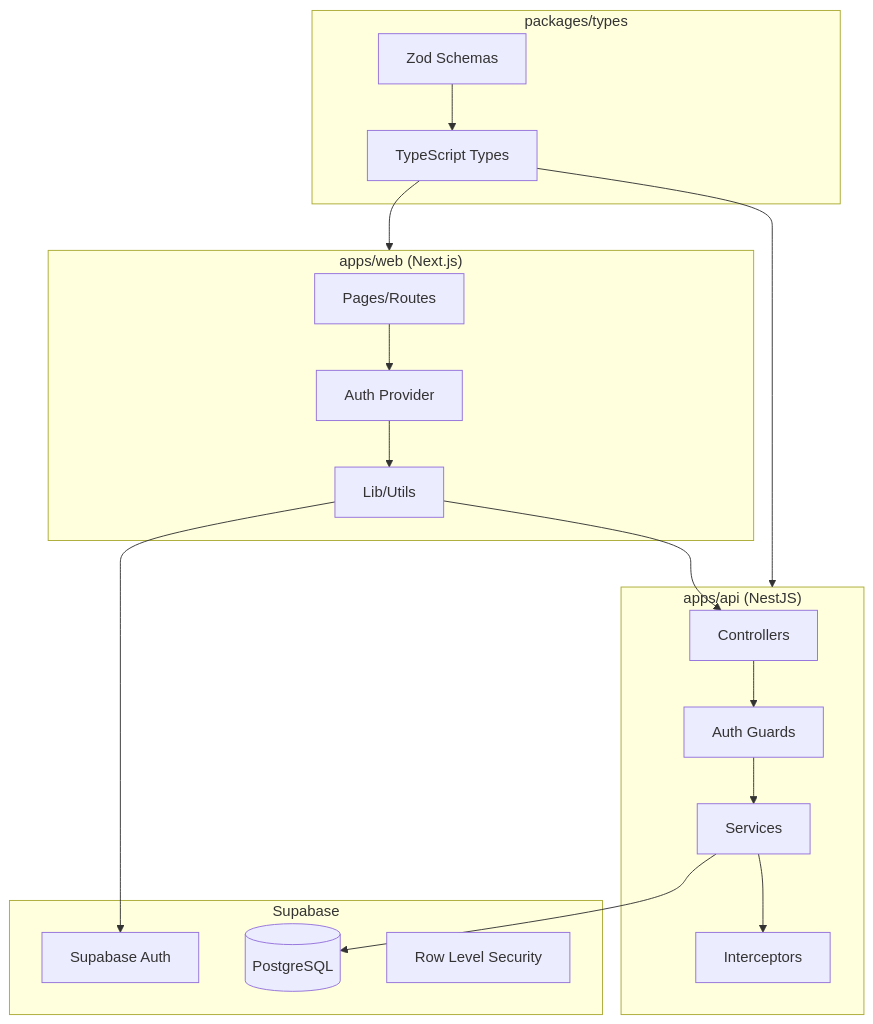
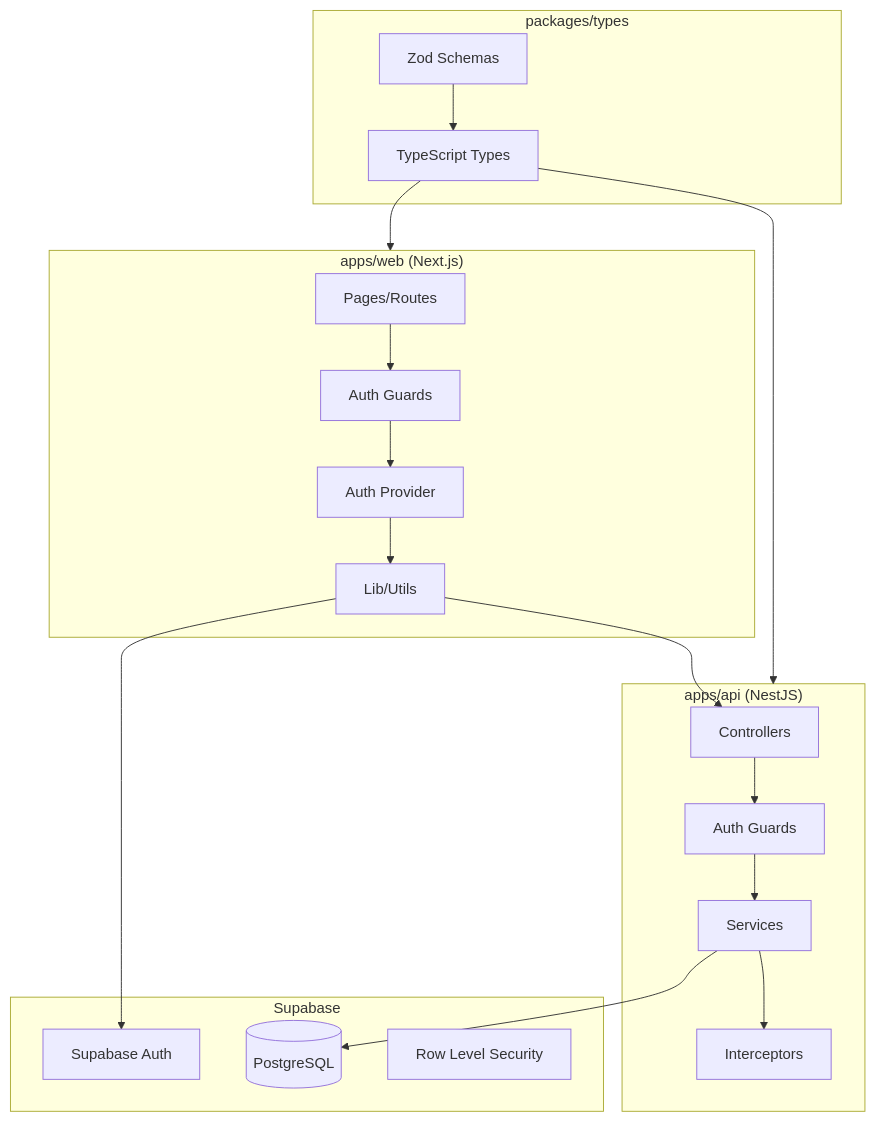
One commit to cookingwthswd/csm changed the first of 4 diagrams in docs/system-architecture.md. Above: the diagram before and after it, drawn with Mermaid. The commit also changed 90 other files, not shown here.

````diff
--- a/docs/system-architecture.md
+++ b/docs/system-architecture.md
@@ -29,40 +29,42 @@
 ```mermaid
 graph TB
     subgraph Frontend["apps/web (Next.js)"]
         Pages[Pages/Routes]
+        AuthComponents[Auth Guards]
         Providers[Auth Provider]
         Lib[Lib/Utils]
     end
 
     subgraph Backend["apps/api (NestJS)"]
         Controllers[Controllers]
         Services[Services]
         Guards[Auth Guards]
         Interceptors[Interceptors]
     end
 
     subgraph Database["Supabase"]
         PostgreSQL[(PostgreSQL)]
         Auth[Supabase Auth]
         RLS[Row Level Security]
     end
 
     subgraph Shared["packages/types"]
         Types[TypeScript Types]
         Schemas[Zod Schemas]
     end
 
-    Pages --> Providers
+    Pages --> AuthComponents
+    AuthComponents --> Providers
     Providers --> Lib
     Lib --> Auth
     Lib --> Controllers
 
     Controllers --> Guards
     Guards --> Services
     Services --> PostgreSQL
     Services --> Interceptors
 
     Types --> Frontend
     Types --> Backend
     Schemas --> Types
 ```
````
